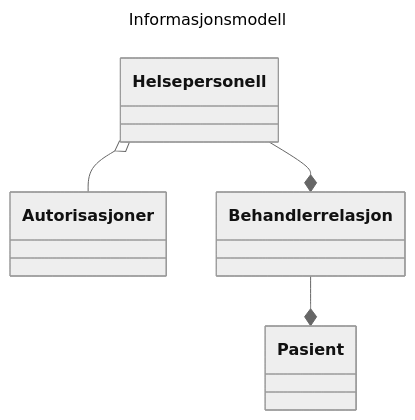
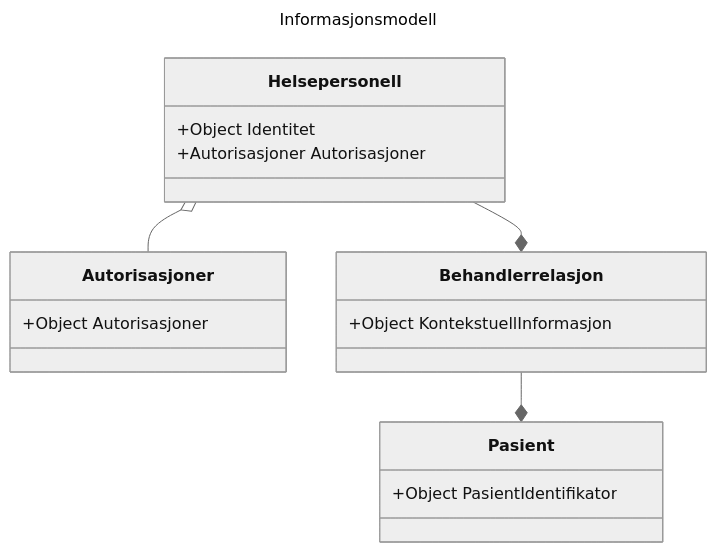
Before and after one commit to NorskHelsenett/Tillitsrammeverk: the diagram in specs/informasjons_og_datamodell.md, drawn with Mermaid (neutral theme).

````diff
--- a/specs/informasjons_og_datamodell.md
+++ b/specs/informasjons_og_datamodell.md
@@ -106,18 +106,23 @@
 ```mermaid
 ---
 title: Informasjonsmodell
 ---
 classDiagram
     Helsepersonell o-- Autorisasjoner
 	Helsepersonell --* Behandlerrelasjon
 	Behandlerrelasjon --* Pasient
     class Autorisasjoner{
+	    +Object Autorisasjoner
     }
     class Helsepersonell{
+	    +Object Identitet
+	    +Autorisasjoner Autorisasjoner
     }
     class Behandlerrelasjon{
+		+Object KontekstuellInformasjon
     }
     class Pasient{
+    		+Object PasientIdentifikator
     }
 
 ```
````
